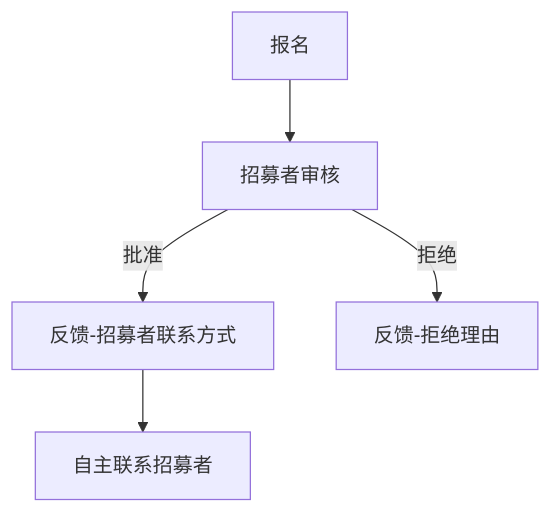
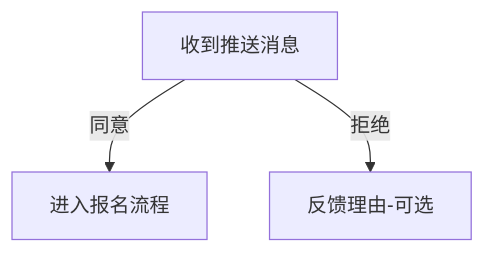
One commit to bluebones-team/essai changed the third of 5 diagrams in packages/browser/README.md. Above: the diagram before and after it, drawn with Mermaid. The commit also changed other lines of this file and 72 other files, not shown here.

````diff
--- a/packages/browser/README.md
+++ b/packages/browser/README.md
@@ -22,6 +27,5 @@
 ```mermaid
 graph
-报名 -->
-招募者审核 -->|批准| 反馈-招募者联系方式 --> 自主联系招募者
-招募者审核 -->|拒绝| 反馈-拒绝理由
+收到推送消息 -->|同意| 进入报名流程
+收到推送消息 -->|拒绝| 反馈理由-可选
 ```
````
